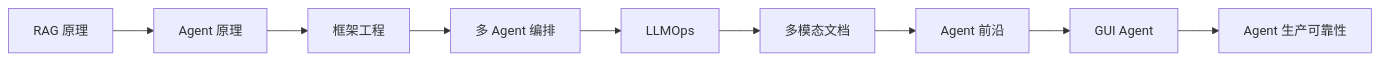
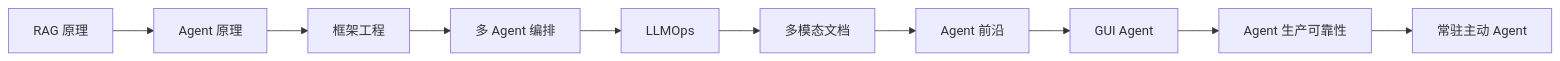
Before and after one commit to kobejiasuoer/awesome-agent-engineering: the diagram in README.md, drawn with Mermaid. The commit also changed other lines of this file and 8 other files, not shown here.

````diff
--- a/README.md
+++ b/README.md
@@ -68,5 +68,5 @@
 ```mermaid
 flowchart LR
     A["RAG 原理"] --> B["Agent 原理"] --> C["框架工程"] --> D["多 Agent 编排"]
-    D --> E["LLMOps"] --> F["多模态文档"] --> G["Agent 前沿"] --> H["GUI Agent"] --> I["Agent 生产可靠性"]
+    D --> E["LLMOps"] --> F["多模态文档"] --> G["Agent 前沿"] --> H["GUI Agent"] --> I["Agent 生产可靠性"] --> J["常驻主动 Agent"]
 ```
````
